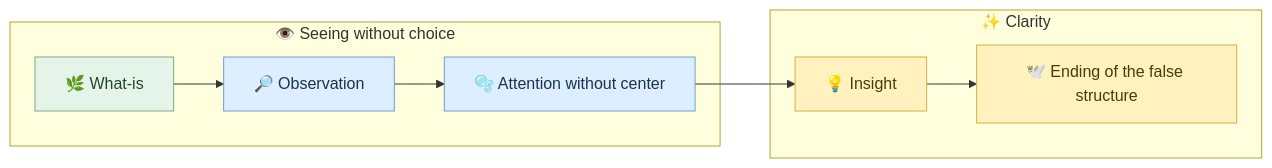
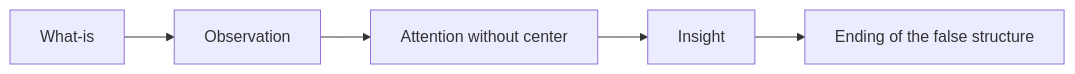
The seventh of 8 diagrams in _posts/2026-09-08-architecture-of-the-mind-krishnamurti.md (enogrob/enogrob.github.io), drawn with Mermaid before and after one commit. The commit also changed other lines of this file and 3 other files, not shown here.

````diff
--- a/_posts/2026-09-08-architecture-of-the-mind-krishnamurti.md
+++ b/_posts/2026-09-08-architecture-of-the-mind-krishnamurti.md
@@ -359,19 +191,7 @@
 ```mermaid!
 flowchart LR
-    subgraph SEEING["👁️ Seeing without choice"]
-      W["🌿 What-is"] --> O["🔎 Observation"]
-      O --> A["🫧 Attention without center"]
-    end
-
-    subgraph CLEARING["✨ Clarity"]
-      A --> I["💡 Insight"]
-      I --> E["🕊️ Ending of the false structure"]
-    end
-
-    classDef fact fill:#e5f4e9,stroke:#77ad87,color:#24452d
-    classDef attention fill:#dceeff,stroke:#6b9fd1,color:#18344d
-    classDef insight fill:#fff2bf,stroke:#d6ae45,color:#4b3b08
-    class W fact
-    class O,A attention
-    class I,E insight
+    W["What-is"] --> O["Observation"]
+    O --> A["Attention without center"]
+    A --> I["Insight"]
+    I --> E["Ending of the false structure"]
 ```
````
